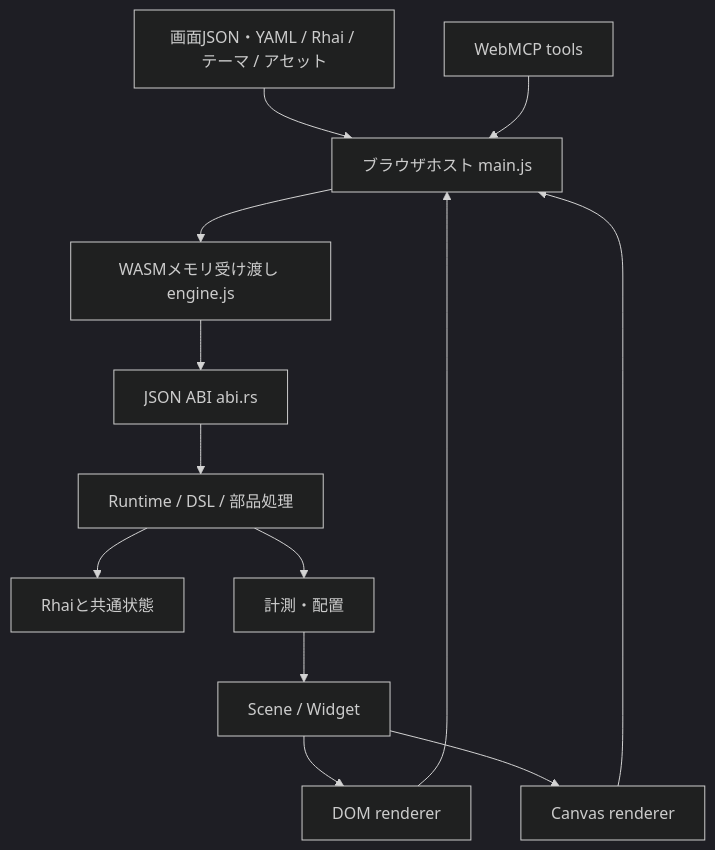
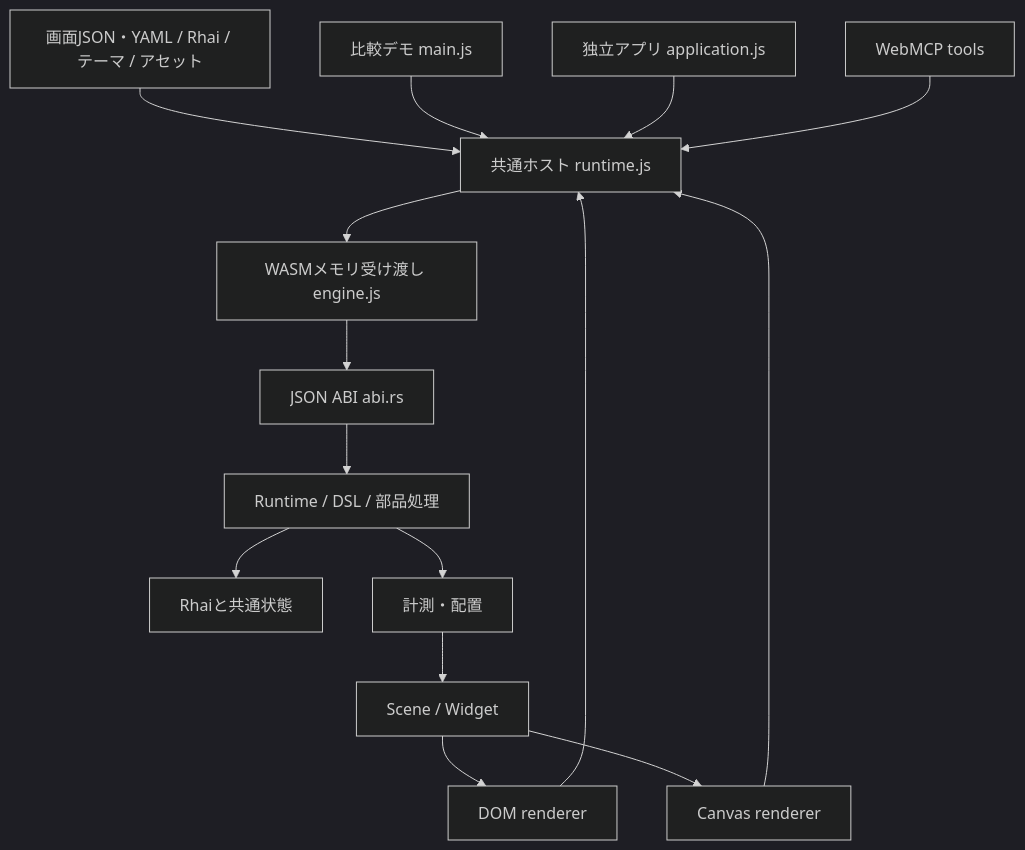
One commit to 6in/uivolve-web changed the diagram in docs/architecture.md. Above: the diagram before and after it, drawn with Mermaid (dark theme). The commit also changed other lines of this file and 28 other files, not shown here.

Commit message:
Extract shared runtime and standalone static application host

````diff
--- a/docs/architecture.md
+++ b/docs/architecture.md
@@ -5,15 +5,17 @@
 ```mermaid
 flowchart TD
-    Files[画面JSON・YAML / Rhai / テーマ / アセット] --> Host[ブラウザホスト main.js]
+    Files[画面JSON・YAML / Rhai / テーマ / アセット] --> Host[共通ホスト runtime.js]
+    Demo[比較デモ main.js] --> Host
+    App[独立アプリ application.js] --> Host
     Host --> Bridge[WASMメモリ受け渡し engine.js]
     Bridge --> ABI[JSON ABI abi.rs]
     ABI --> Runtime[Runtime / DSL / 部品処理]
     Runtime --> State[Rhaiと共通状態]
     Runtime --> Layout[計測・配置]
     Layout --> Scene[Scene / Widget]
     Scene --> DOM[DOM renderer]
     Scene --> Canvas[Canvas renderer]
     Tools[WebMCP tools] --> Host
     DOM --> Host
     Canvas --> Host
 ```
````
